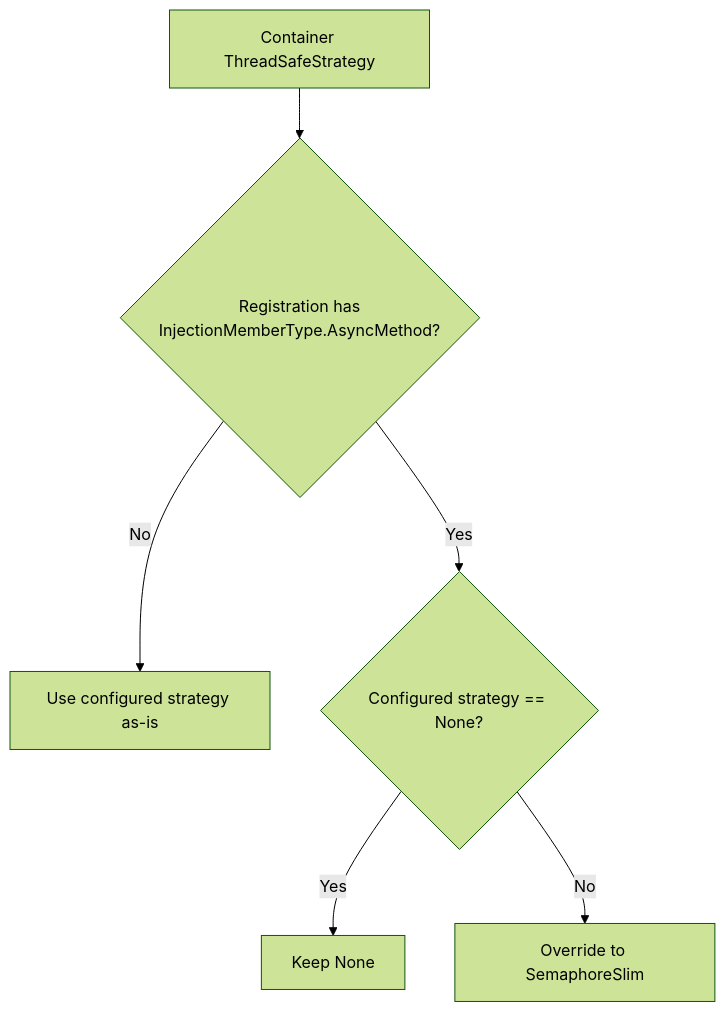
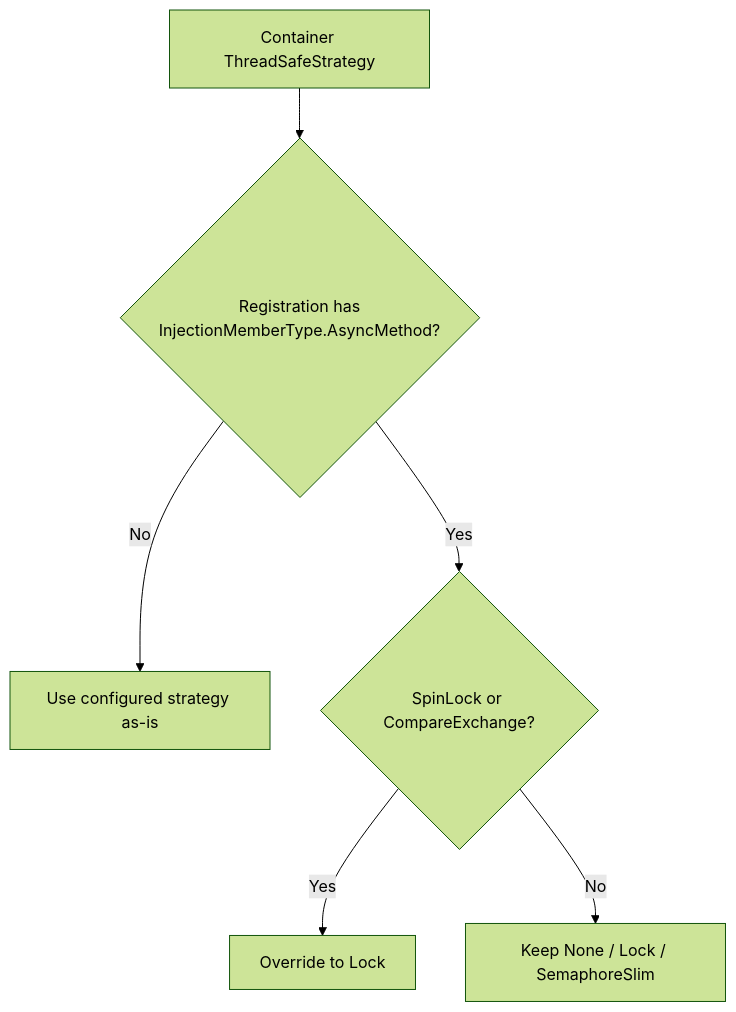
Before and after one commit to AndyElessar/SourceGen: the diagram in src/Ioc/src/SourceGen.Ioc.SourceGenerator/Spec/Container.ThreadSafety.spec.md, drawn with Mermaid (forest theme). The commit also changed other lines of this file and 24 other files, not shown here.

````diff
--- a/src/Ioc/src/SourceGen.Ioc.SourceGenerator/Spec/Container.ThreadSafety.spec.md
+++ b/src/Ioc/src/SourceGen.Ioc.SourceGenerator/Spec/Container.ThreadSafety.spec.md
@@ -35,8 +43,8 @@
 ```mermaid
 flowchart TD
     A[Container ThreadSafeStrategy] --> B{Registration has\nInjectionMemberType.AsyncMethod?}
     B -- No --> C[Use configured strategy as-is]
-    B -- Yes --> D{Configured strategy == None?}
-    D -- Yes --> E[Keep None]
-    D -- No --> F[Override to SemaphoreSlim]
+    B -- Yes --> D{SpinLock or CompareExchange?}
+    D -- Yes --> E[Override to Lock]
+    D -- No --> F[Keep None / Lock / SemaphoreSlim]
 ```
````
